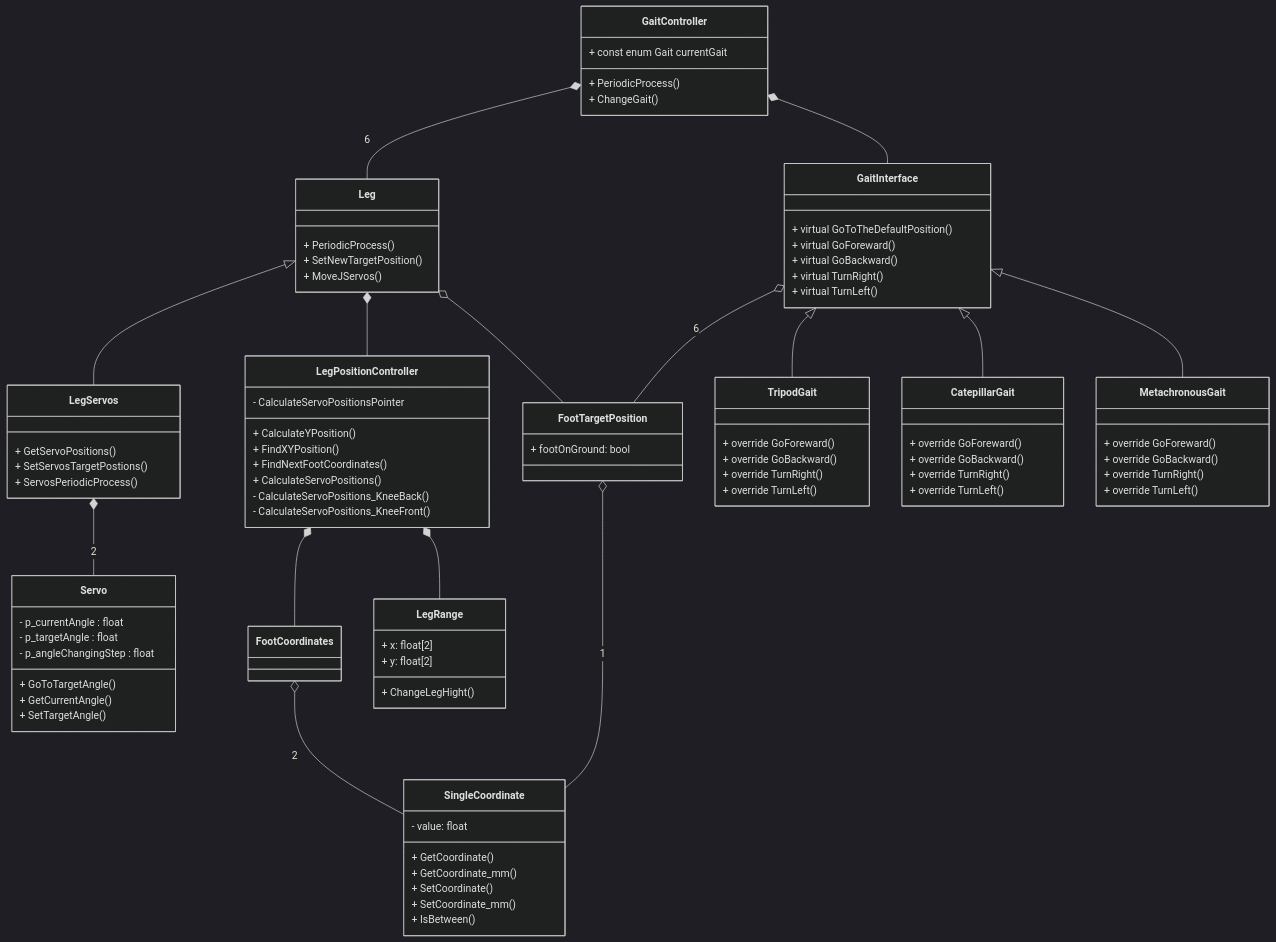
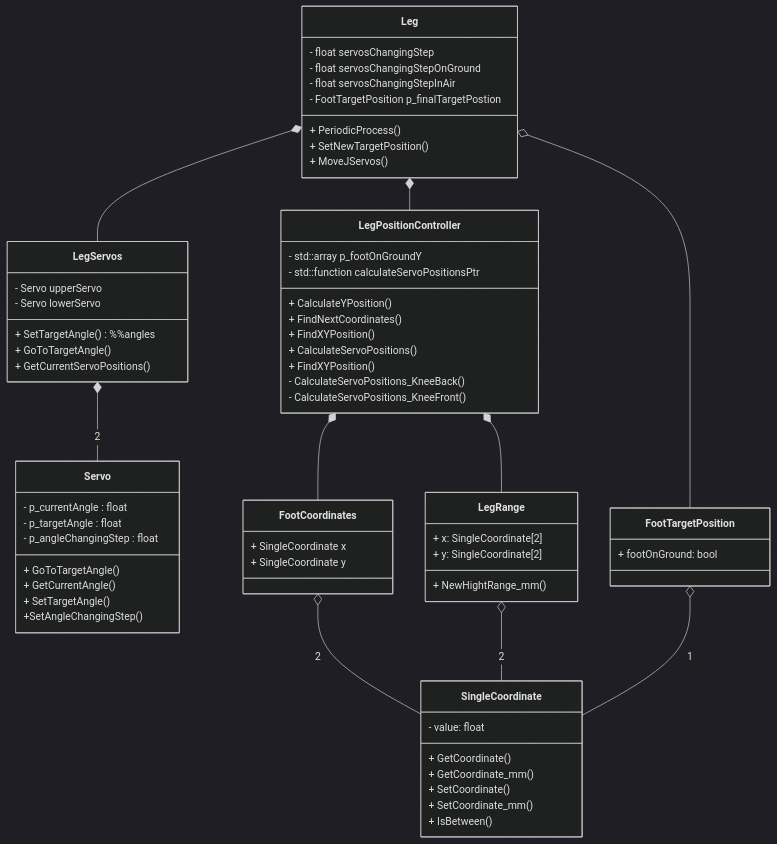
The third of 5 diagrams in README.md (putzio/Hexapod-2.0), drawn with Mermaid (dark theme) before and after one commit. The commit also changed other lines of this file, not shown here.

Commit message:
New Class diagrams

````diff
--- a/README.md
+++ b/README.md
@@ -21,21 +218,17 @@
     LegServos *-- Servo:2
     FootCoordinates o-- SingleCoordinate:2
     FootTargetPosition o-- SingleCoordinate:1
+    LegRange o-- SingleCoordinate:2
 
     LegPositionController *-- FootCoordinates
     LegPositionController *-- LegRange
 
-    Leg <|-- LegServos
+    Leg *-- LegServos
     Leg *-- LegPositionController
     Leg o-- FootTargetPosition
 
-    GaitInterface <|-- TripodGait
-    GaitInterface <|-- CatepillarGait
-    GaitInterface <|-- MetachronousGait
-    GaitInterface o-- FootTargetPosition: 6
 
-    GaitController *-- Leg:6
-    GaitController *-- GaitInterface
+
 
     %%Logic classes:
     class Servo{
@@ -46,23 +239,32 @@
         + GoToTargetAngle()
         + GetCurrentAngle()
         + SetTargetAngle()
+        +SetAngleChangingStep()
     }
 
     class LegServos{
-        + GetServoPositions()
-        + SetServosTargetPostions()
-        + ServosPeriodicProcess()
+        - Servo upperServo
+        - Servo lowerServo
+
+        + SetTargetAngle()%%angles
+        + GoToTargetAngle()
+        + GetCurrentServoPositions()
     }
 
     class LegPositionController{
+        - std::array<SingleCoordinate, 2> p_footOnGroundY
+        - std::function calculateServoPositionsPtr
+
         + CalculateYPosition()
+        + FindNextCoordinates()
         + FindXYPosition()
-        + FindNextFootCoordinates()
         + CalculateServoPositions()
+        + FindXYPosition()
+
         - CalculateServoPositions_KneeBack()
         - CalculateServoPositions_KneeFront()
-        - CalculateServoPositionsPointer
     }
+
     class SingleCoordinate{
         - value: float
         + GetCoordinate()
@@ -72,56 +274,30 @@
         + IsBetween()
     }
     class FootCoordinates{
+        + SingleCoordinate x
+        + SingleCoordinate y
     }
-    class LegRange{
-        + x: float[2]
-        + y: float[2]
-
-        + ChangeLegHight()
-    }
-
     class FootTargetPosition{
         + footOnGround: bool
     }
 
+
+
+    class LegRange{
+        + x: SingleCoordinate[2]
+        + y: SingleCoordinate[2]
+
+        + NewHightRange_mm()
+    }
+
     class Leg{
+        - float servosChangingStep
+        - float servosChangingStepOnGround
+        - float servosChangingStepInAir
+        - FootTargetPosition p_finalTargetPostion
 
         + PeriodicProcess()
         + SetNewTargetPosition()
         + MoveJServos()
     }
-
-    class GaitInterface{
-        + virtual GoToTheDefaultPosition()
-        + virtual GoForeward()
-        + virtual GoBackward()
-        + virtual TurnRight()
-        + virtual TurnLeft()
-    }
-    class TripodGait{
-        + override GoForeward()
-        + override GoBackward()
-        + override TurnRight()
-        + override TurnLeft()
-    }
-    class CatepillarGait{
-        + override GoForeward()
-        + override GoBackward()
-        + override TurnRight()
-        + override TurnLeft()
-    }
-    class MetachronousGait{
-        + override GoForeward()
-        + override GoBackward()
-        + override TurnRight()
-        + override TurnLeft()
-    }
-
-    class GaitController{
-        + const enum Gait currentGait
-
-        + PeriodicProcess()
-        + ChangeGait()
-    }
-
 ```
````
